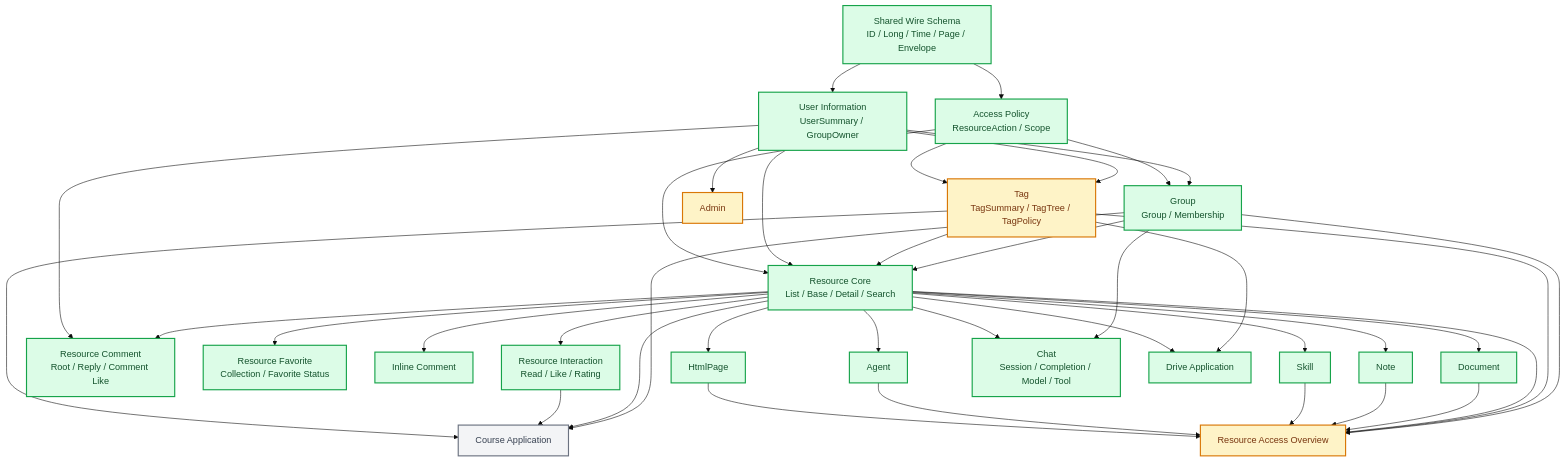
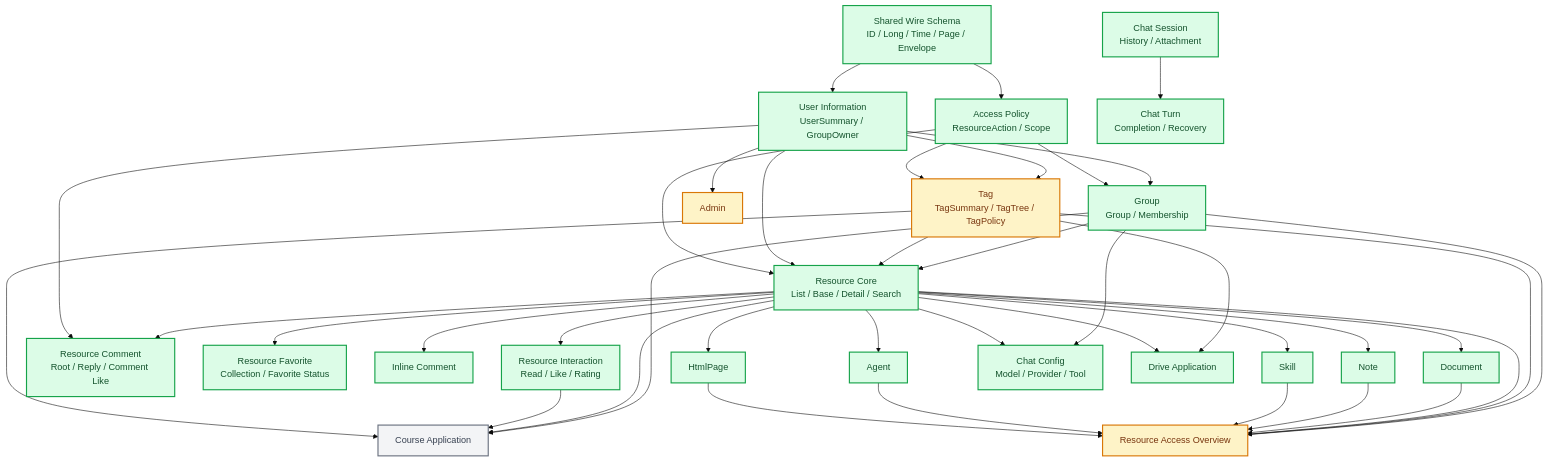
Before and after one commit to Oriole-FDU/WisePenView: the diagram in agent/docs/schema-contract-roadmap.md, drawn with Mermaid (base theme). The commit also changed other lines of this file and 1 other file, not shown here.

Commit message:
docs(agent): 更新 Chat 拆域后的 DAG

````diff
--- a/agent/docs/schema-contract-roadmap.md
+++ b/agent/docs/schema-contract-roadmap.md
@@ -38,68 +38,71 @@
 ```mermaid
 flowchart TD
   W[Shared Wire Schema<br/>ID / Long / Time / Page / Envelope]
   A[Access Policy<br/>ResourceAction / Scope]
   U[User Information<br/>UserSummary / GroupOwner]
   G[Group<br/>Group / Membership]
   T[Tag<br/>TagSummary / TagTree / TagPolicy]
   R[Resource Core<br/>List / Base / Detail / Search]
   I[Resource Interaction<br/>Read / Like / Rating]
   CM[Resource Comment<br/>Root / Reply / Comment Like]
   F[Resource Favorite<br/>Collection / Favorite Status]
   C[Inline Comment]
   D[Document]
   N[Note]
   S[Skill]
   AG[Agent]
   H[HtmlPage]
-  CH[Chat<br/>Session / Completion / Model / Tool]
+  CHS[Chat Session<br/>History / Attachment]
+  CHT[Chat Turn<br/>Completion / Recovery]
+  CHC[Chat Config<br/>Model / Provider / Tool]
   CO[Course Application]
   DR[Drive Application]
   RA[Resource Access Overview]
   AD[Admin]
 
   W --> A
   W --> U
   U --> G
   A --> G
   U --> T
   A --> T
   G --> R
   T --> R
   U --> R
   A --> R
   R --> I
   R --> CM
   U --> CM
   R --> F
   R --> C
   R --> D
   R --> N
   R --> S
   R --> AG
   R --> H
-  G --> CH
-  R --> CH
+  G --> CHC
+  R --> CHC
+  CHS --> CHT
   G --> CO
   R --> CO
   I --> CO
   T --> CO
   T --> DR
   R --> DR
   G --> RA
   T --> RA
   R --> RA
   D --> RA
   N --> RA
   S --> RA
   AG --> RA
   H --> RA
   U --> AD
 
   classDef completed fill:#dcfce7,stroke:#16a34a,color:#14532d,stroke-width:2px
   classDef partial fill:#fef3c7,stroke:#d97706,color:#78350f,stroke-width:2px
   classDef decision fill:#f3f4f6,stroke:#6b7280,color:#374151,stroke-width:2px
-  class W,A,U,G,R,I,CM,F,C,D,N,S,AG,H,CH,DR completed
+  class W,A,U,G,R,I,CM,F,C,D,N,S,AG,H,CHS,CHT,CHC,DR completed
   class T,AD,RA partial
   class CO decision
 ```
````
